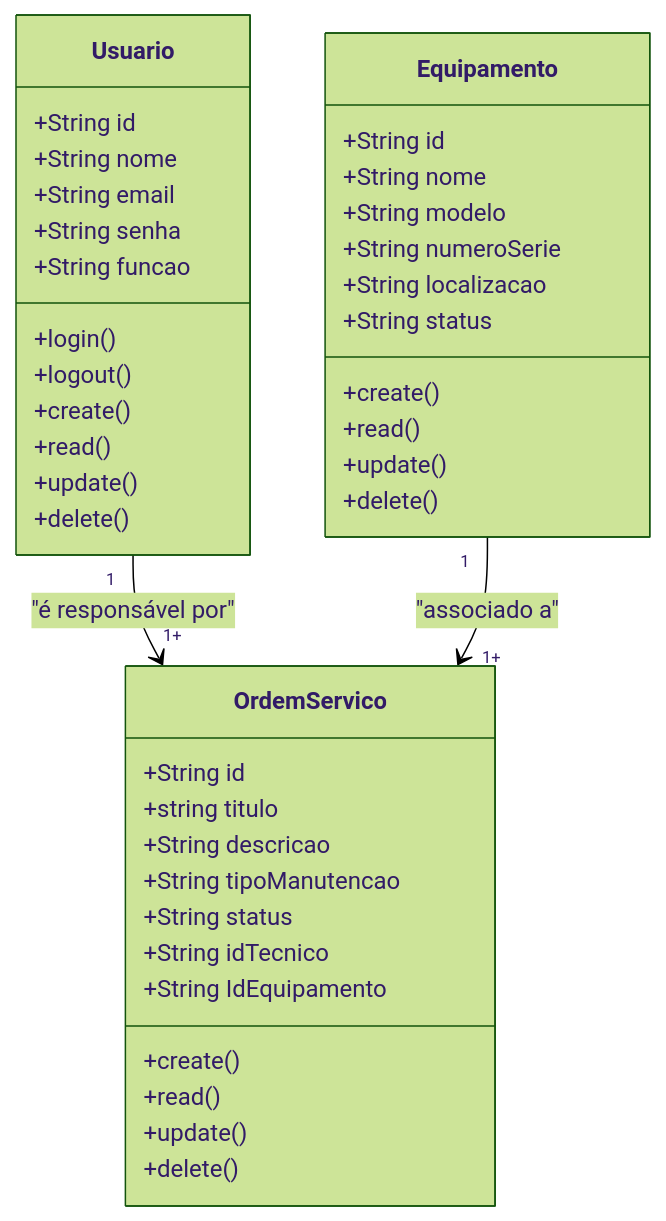
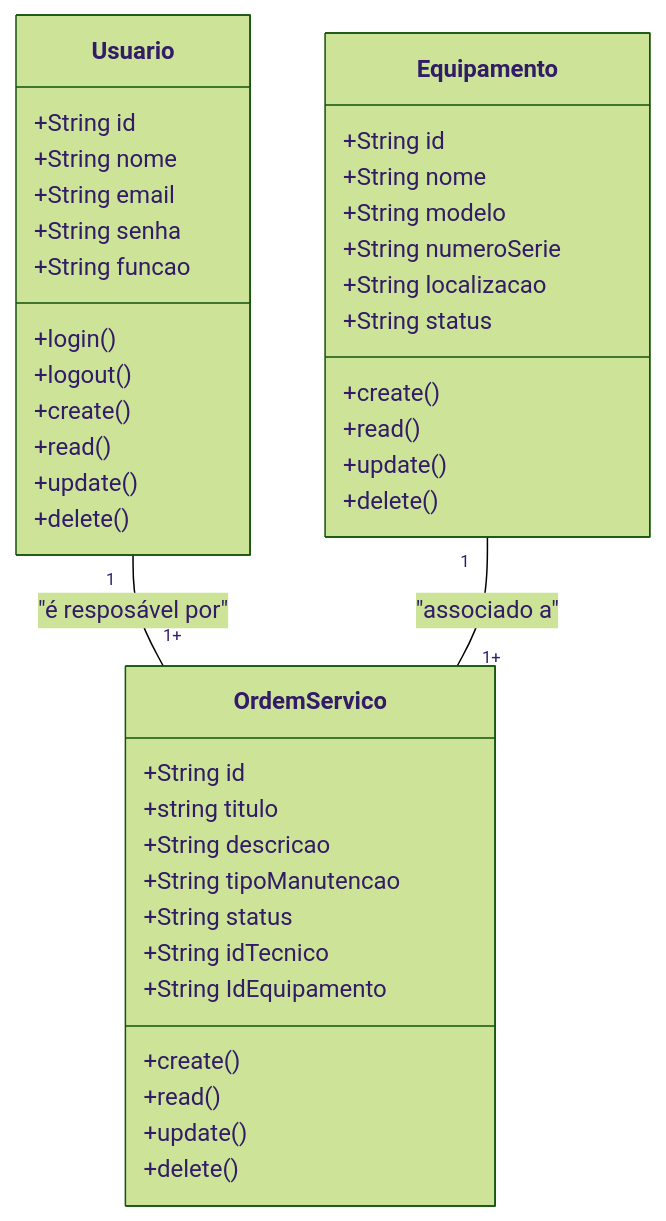
Before and after one commit to mary-silva2007/CursoFrontEnd-1: the first of 2 diagrams in FrameWorks/Next/formativa-sgm/README.md, drawn with Mermaid (forest theme). The commit also changed other lines of this file, not shown here.

````diff
--- a/FrameWorks/Next/formativa-sgm/README.md
+++ b/FrameWorks/Next/formativa-sgm/README.md
@@ -27,49 +27,49 @@
 ```mermaid
 
 classDiagram
 
     class Usuario{
         +String id
         +String nome
         +String email
         +String senha
         +String funcao
         +login()
         +logout()
         +create()
         +read()
         +update()
         +delete()
     }
 
     class Equipamento{
         +String id
         +String nome
         +String modelo
         +String numeroSerie
         +String localizacao
         +String status
         +create()
         +read()
         +update()
         +delete()
     }
 
     class OrdemServico{
         +String id
         +string titulo
         +String descricao
         +String tipoManutencao
         +String status
         +String idTecnico
         +String IdEquipamento
         +create()
         +read()
         +update()
-        +delete()  
+        +delete()
     }
 
-    Usuario "1" --> "1+" OrdemServico: "é responsável por"
-    Equipamento "1" --> "1+" OrdemServico: "associado a"
+    Usuario "1" -- "1+" OrdemServico : "é resposável por"
+    Equipamento "1" -- "1+" OrdemServico : "associado a"
 
 ```
````
